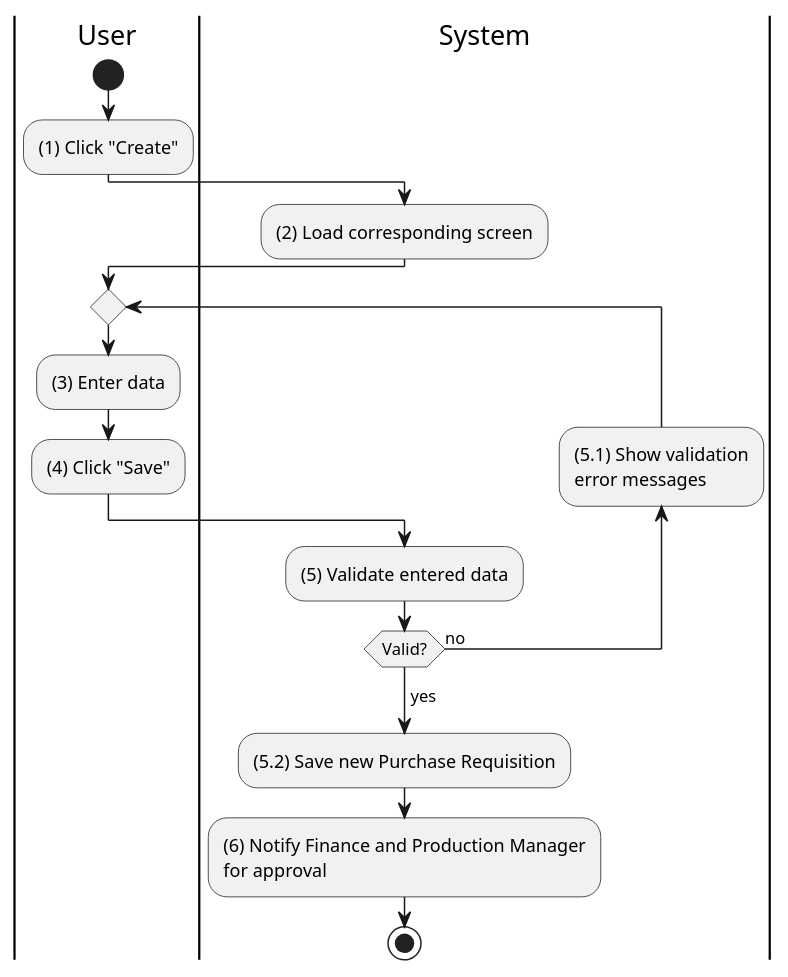
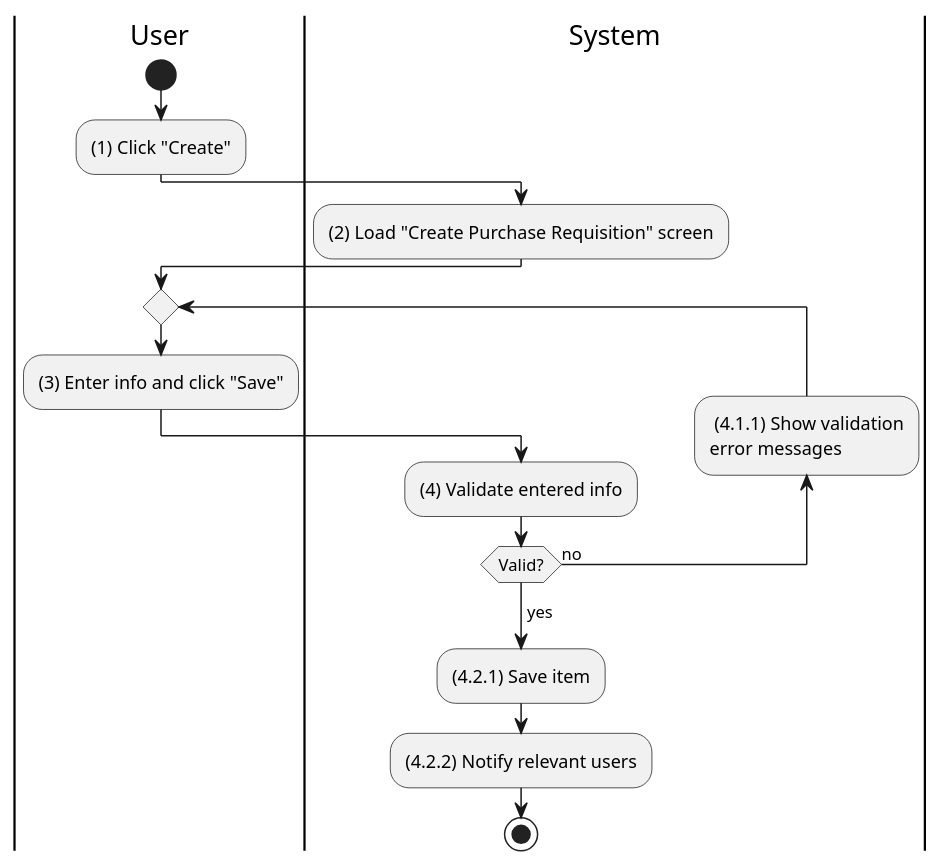
One commit to phihungha/scmss-reqs changed the diagram in activities/purchase-requisition-create.plantuml. Above: the diagram before and after it, drawn with PlantUML. The commit also changed 19 other files, not shown here.

Commit message:
Improve production and purchase requisition activities

```diff
--- a/activities/purchase-requisition-create.plantuml
+++ b/activities/purchase-requisition-create.plantuml
@@ -1,26 +1,23 @@
 @startuml purchase-requisition-create
 |u|User
 |s|System
 
 |u|
 start
 :(1) Click "Create";
 
 |s|
-:(2) Load corresponding screen;
+:(2) Load "Create Purchase Requisition" screen;
 
 |u|
 repeat
-    :(3) Enter data;
-    :(4) Click "Save";
+    :(3) Enter info and click "Save";
     |s|
-    :(5) Validate entered data;
-    backward:(5.1) Show validation
-    error messages;
+    :(4) Validate entered info;
+    backward: (4.1.1) Show validation\nerror messages;
 repeat while (Valid?) is (no)
 ->yes;
-:(5.2) Save new Purchase Requisition;
-:(6) Notify Finance and Production Manager
-for approval;
+:(4.2.1) Save item;
+:(4.2.2) Notify relevant users;
 stop
 @enduml
```
